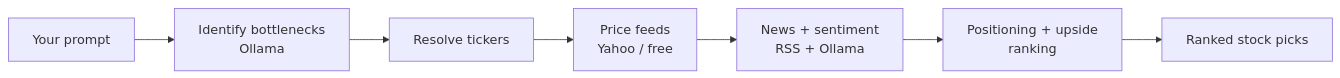
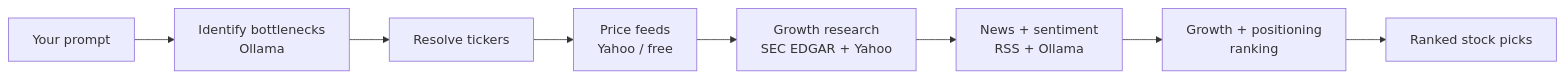
The diagram in README.md (daryn-brown/TrendWave), drawn with Mermaid before and after one commit. The commit also changed other lines of this file and 11 other files, not shown here.

First line of the commit message:
Drive stock ranking with real growth fundamentals

````diff
--- a/README.md
+++ b/README.md
@@ -19,9 +19,10 @@
 ```mermaid
 flowchart LR
     A[Your prompt] --> B[Identify bottlenecks<br/>Ollama]
     B --> C[Resolve tickers]
     C --> D[Price feeds<br/>Yahoo / free]
-    D --> E[News + sentiment<br/>RSS + Ollama]
-    E --> F[Positioning + upside<br/>ranking]
-    F --> G[Ranked stock picks]
+    D --> E[Growth research<br/>SEC EDGAR + Yahoo]
+    E --> F[News + sentiment<br/>RSS + Ollama]
+    F --> G[Growth + positioning<br/>ranking]
+    G --> H[Ranked stock picks]
 ```
````
